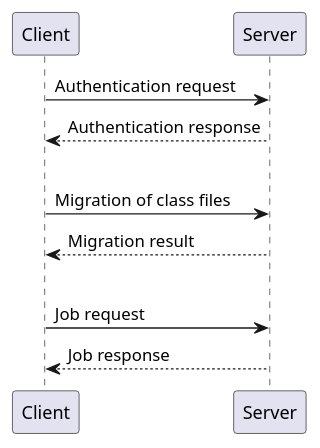
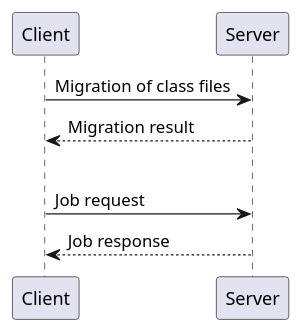
The diagram in proposal/seq.puml (BradleyWood/RMD), drawn with PlantUML before and after one commit. The commit also changed 2 other files, not shown here.

Commit message:
update plantuml diagrams

```diff
--- a/proposal/seq.puml
+++ b/proposal/seq.puml
@@ -1,16 +1,12 @@
 @startuml
 
-Client -> Server: Authentication request
-Server --> Client: Authentication response
-
-|||
 
 Client -> Server: Migration of class files
 Server --> Client: Migration result
 
 |||
 
 Client -> Server: Job request
 Server --> Client: Job response
 
 @enduml
```
